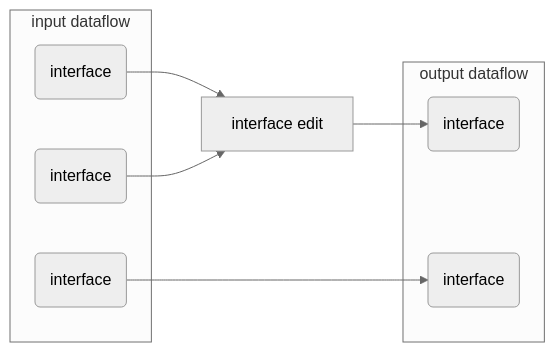
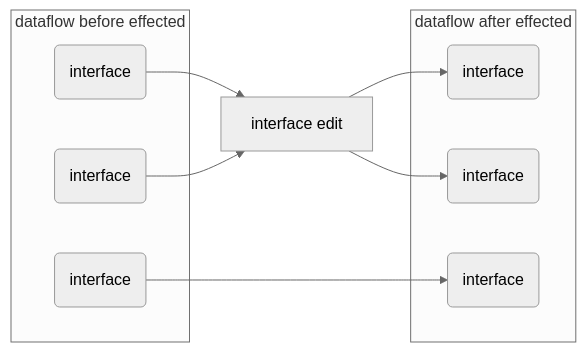
Before and after one commit to windwhiterain/Elf: the eighth of 18 diagrams in readme.md, drawn with Mermaid (neutral theme). The commit also changed other lines of this file, not shown here.

````diff
--- a/readme.md
+++ b/readme.md
@@ -264,16 +292,17 @@
 ```mermaid
 graph LR
-subgraph g1[input dataflow]
+subgraph g1[dataflow before effected]
     int1(interface)
     int2(interface)
     int3(interface)
 end
 int[interface edit]
-subgraph g2[output dataflow]
+subgraph g2[dataflow after effected]
     int4(interface)
     int5(interface)
+    int6(interface)
 end
-int1-->int-->int4
+int1-->int-->int4 & int6
 int2-->int
 int3-->int5
 ```
````
